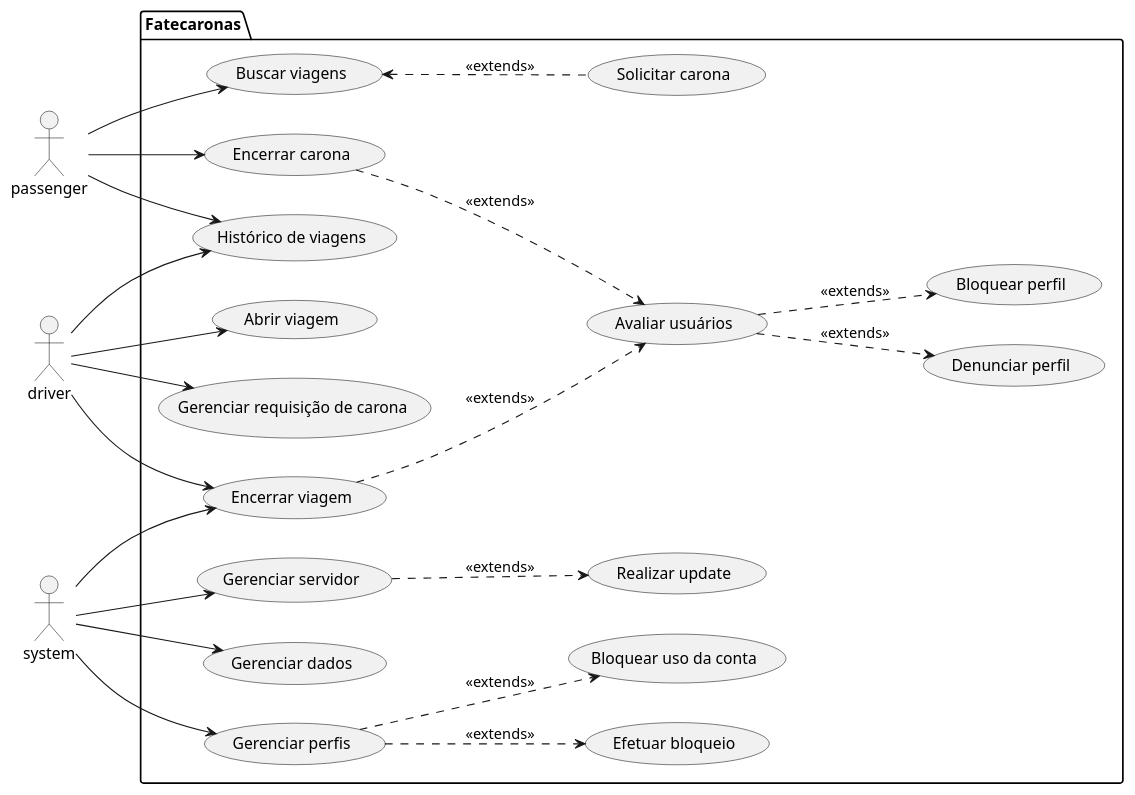
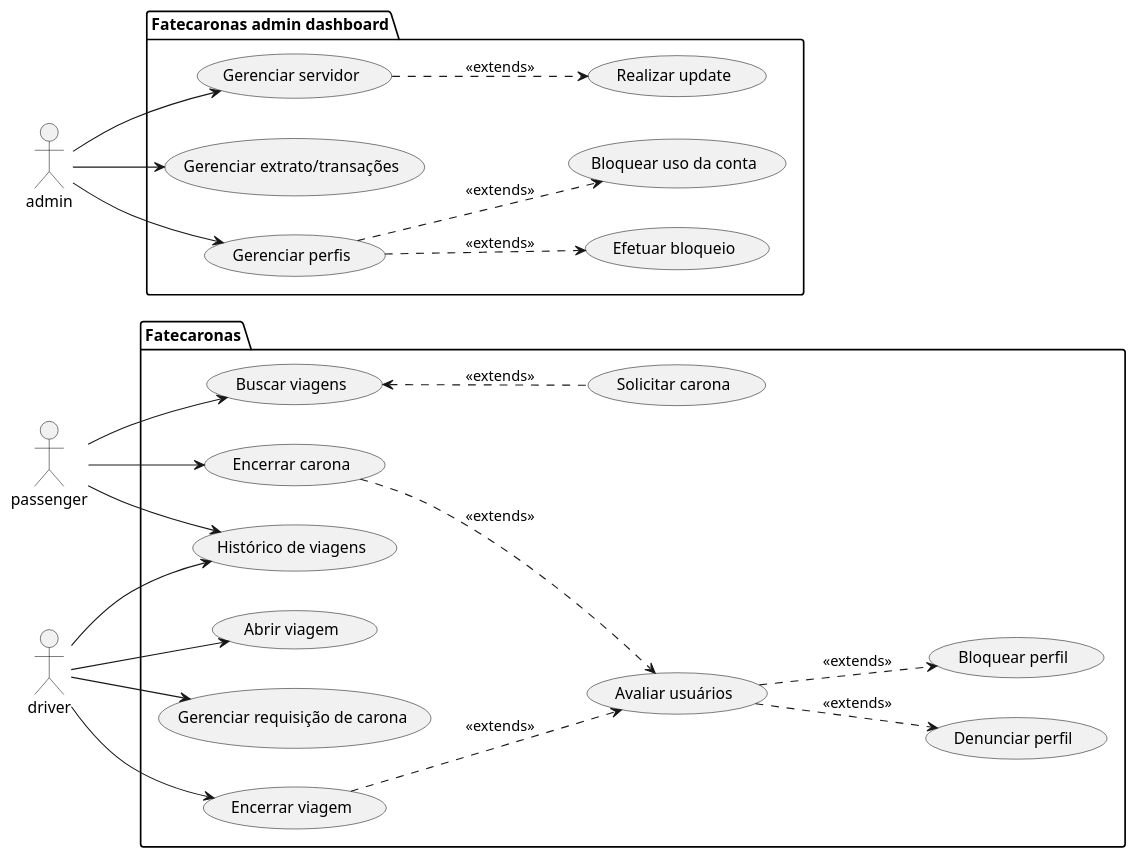
Before and after one commit to Vinicius0607/ProjetoES2: the diagram in uses_cases_fatecaronas.puml, drawn with PlantUML. The commit also changed 1 other file, not shown here.

```diff
--- a/uses_cases_fatecaronas.puml
+++ b/uses_cases_fatecaronas.puml
@@ -1,50 +1,53 @@
 @startuml Fatecaronas
 left to right direction
 
 ' Actors
 actor passenger as p
 actor driver as d
-actor system as a
+actor admin as a
 
 package "Fatecaronas" {
     ' Usecases
     usecase "Buscar viagens" as UC1
     usecase "Solicitar carona" as UC2
     usecase "Encerrar carona" as UC3
     usecase "Histórico de viagens" as UC5
     usecase "Avaliar usuários" as UC6
     usecase "Abrir viagem" as UC7
     usecase "Gerenciar requisição de carona" as UC8
     usecase "Encerrar viagem" as UC9
     usecase "Denunciar perfil" as UC10
     usecase "Bloquear perfil" as UC11
+}
+
+package "Fatecaronas admin dashboard" {
     usecase "Gerenciar servidor" as UC12
-    usecase "Gerenciar dados" as UC13
+    usecase "Gerenciar extrato/transações" as UC13
     usecase "Gerenciar perfis" as UC14
     usecase "Efetuar bloqueio" as UC15
     usecase "Bloquear uso da conta" as UC16
     usecase "Realizar update" as UC17
+
 }
 
 ' Relations
 p --> UC1
 p --> UC3
 p --> UC5
 UC1 <.. UC2: <<extends>>
 UC3 ..> UC6: <<extends>>
 UC9 ..> UC6: <<extends>>
 UC6 ..> UC10: <<extends>>
 UC6 ..> UC11: <<extends>>
 d --> UC7
 d --> UC8
-a --> UC9
 d --> UC9
 d --> UC5
 a --> UC12
 a --> UC13
 a --> UC14
 UC12 ..> UC17: <<extends>>
 UC14 ..> UC15: <<extends>>
 UC14 ..> UC16: <<extends>>
 
 @enduml
```
